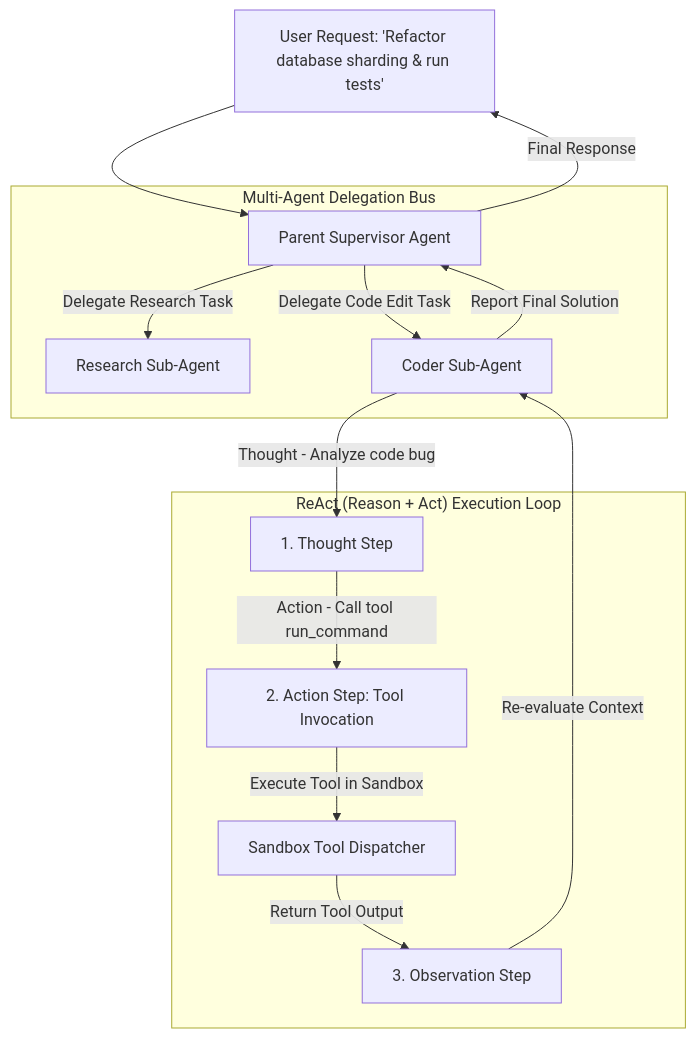
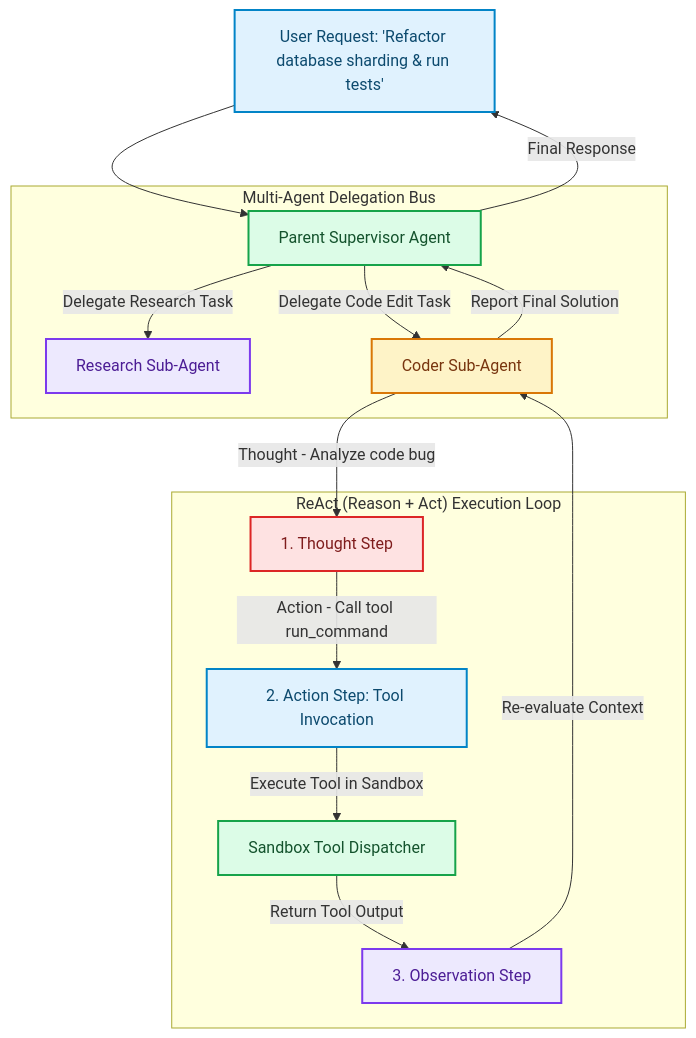
One commit to akmalkhaniub/akmalkhaniub.github.io changed the diagram in blog/posts/building-large-scale-autonomous-ai-agent-systems-multi-agent-orchestration.md. Above: the diagram before and after it, drawn with Mermaid. The commit also changed other lines of this file and 1291 other files, not shown here.

First line of the commit message:
feat(catalog): unique covers, scholarly references, and diagram palettes

````diff
--- a/blog/posts/building-large-scale-autonomous-ai-agent-systems-multi-agent-orchestration.md
+++ b/blog/posts/building-large-scale-autonomous-ai-agent-systems-multi-agent-orchestration.md
@@ -17,20 +17,31 @@
 ```mermaid
 flowchart TD
-  UserTask["User Request: 'Refactor database sharding & run tests'"] --> Supervisor[Parent Supervisor Agent]
+  UserTask["User Request: 'Refactor database sharding & run tests'"] --> Supervisor["Parent Supervisor Agent"]
   
   subgraph SG1_MultiAgentDelegation ["Multi-Agent Delegation Bus"]
-    Supervisor -->|Delegate Research Task| ResearchAgent[Research Sub-Agent]
-    Supervisor -->|Delegate Code Edit Task| CoderAgent[Coder Sub-Agent]
+    Supervisor -->|Delegate Research Task| ResearchAgent["Research Sub-Agent"]
+    Supervisor -->|Delegate Code Edit Task| CoderAgent["Coder Sub-Agent"]
   end
   
   subgraph SG2_ReactReasonAct ["ReAct (Reason + Act) Execution Loop"]
-    CoderAgent -->|Thought - Analyze code bug| Thought[1. Thought Step]
-    Thought -->|Action - Call tool run_command| Action[2. Action Step: Tool Invocation]
-    Action -->|Execute Tool in Sandbox| ToolRunner[Sandbox Tool Dispatcher]
-    ToolRunner -->|Return Tool Output| Observation[3. Observation Step]
+    CoderAgent -->|Thought - Analyze code bug| Thought["1. Thought Step"]
+    Thought -->|Action - Call tool run_command| Action["2. Action Step: Tool Invocation"]
+    Action -->|Execute Tool in Sandbox| ToolRunner["Sandbox Tool Dispatcher"]
+    ToolRunner -->|Return Tool Output| Observation["3. Observation Step"]
     Observation -->|Re-evaluate Context| CoderAgent
   end
   
   CoderAgent -->|Report Final Solution| Supervisor
   Supervisor -->|Final Response| UserTask
+
+classDef green fill:#dcfce7,stroke:#16a34a,stroke-width:2px,color:#14532d;
+classDef red fill:#fee2e2,stroke:#dc2626,stroke-width:2px,color:#7f1d1d;
+classDef blue fill:#e0f2fe,stroke:#0284c7,stroke-width:2px,color:#0c4a6e;
+classDef yellow fill:#fef3c7,stroke:#d97706,stroke-width:2px,color:#78350f;
+classDef purple fill:#ede9fe,stroke:#7c3aed,stroke-width:2px,color:#4c1d95;
+class UserTask,Action blue
+class Supervisor,ToolRunner green
+class ResearchAgent,Observation purple
+class CoderAgent yellow
+class Thought red
 ```
````
